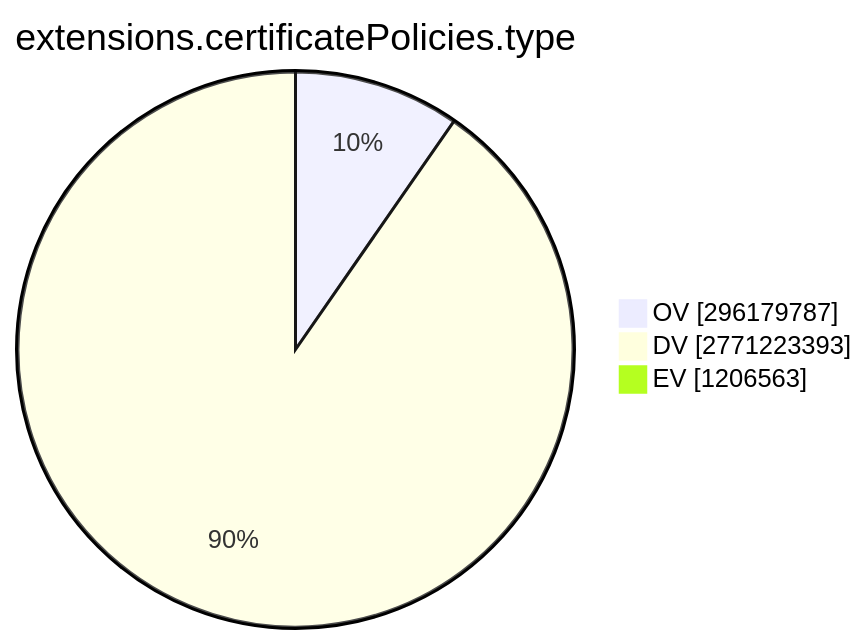
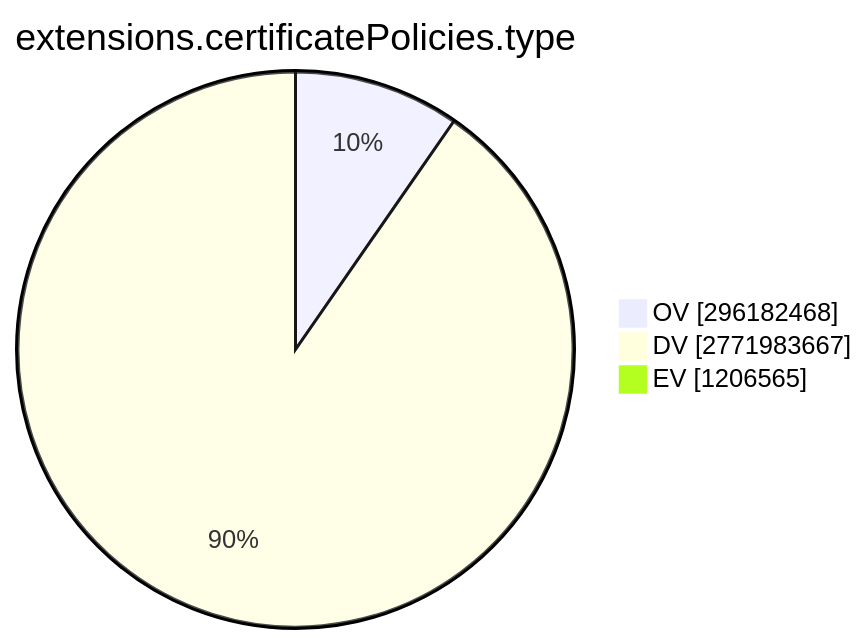
Before and after one commit to christiankrug/ctmonitor_visualization: the ninth of 15 diagrams in TOTAL/README.md, drawn with Mermaid. The commit also changed other lines of this file, not shown here.

````diff
--- a/TOTAL/README.md
+++ b/TOTAL/README.md
@@ -3099,7 +3099,7 @@
 ```mermaid
 pie showData
 title extensions.certificatePolicies.type
-"OV" :296179787
-"DV" :2771223393
-"EV" :1206563
+"OV" :296182468
+"DV" :2771983667
+"EV" :1206565
 ```
````
